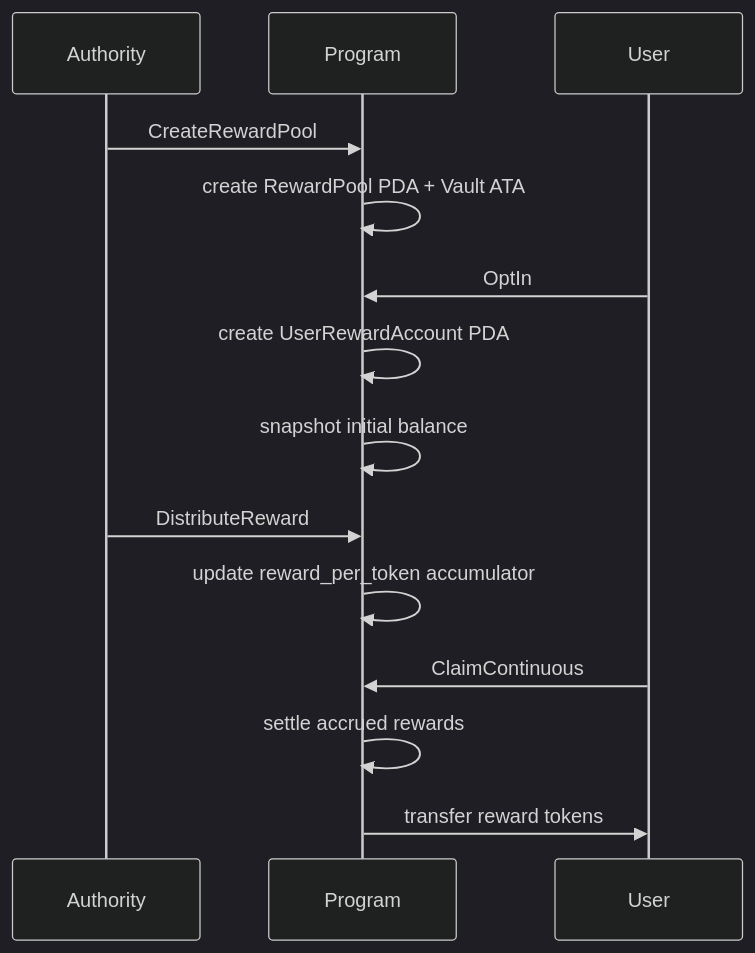
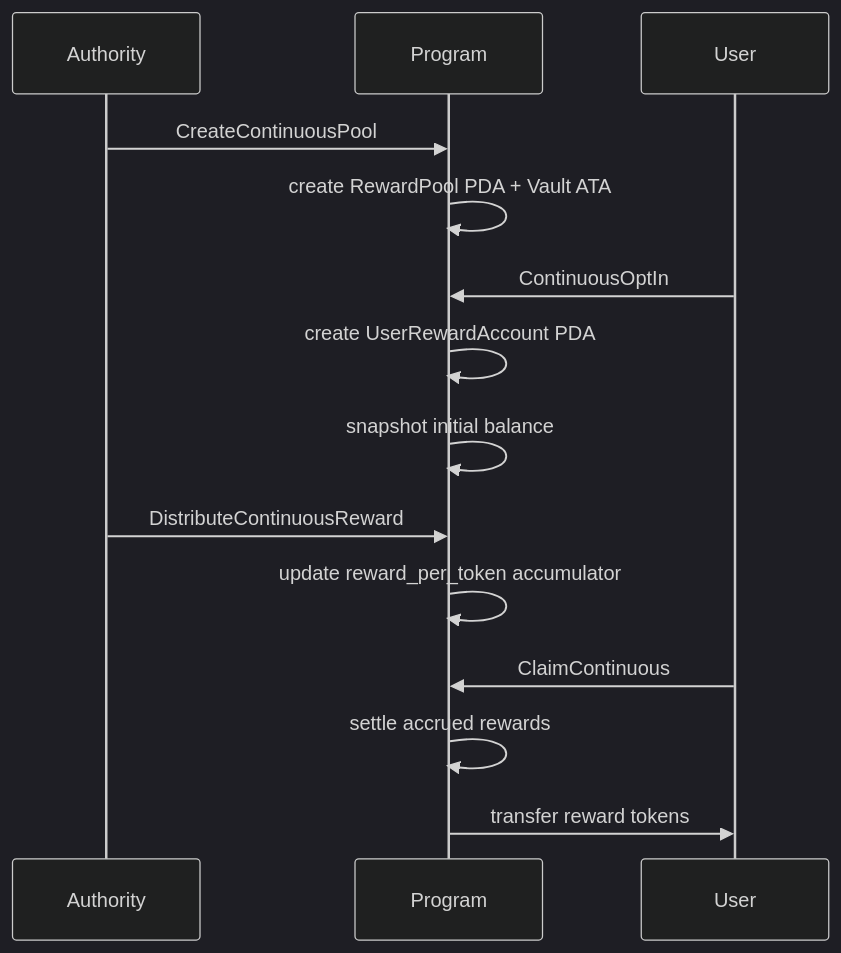
Before and after one commit to solana-program/rewards: the fifth of 6 diagrams in README.md, drawn with Mermaid (dark theme). The commit also changed other lines of this file and 63 other files, not shown here.

````diff
--- a/README.md
+++ b/README.md
@@ -176,20 +176,20 @@
 ```mermaid
 sequenceDiagram
     participant Authority
     participant Program
     participant User
 
-    Authority->>Program: CreateRewardPool
+    Authority->>Program: CreateContinuousPool
     Program->>Program: create RewardPool PDA + Vault ATA
 
-    User->>Program: OptIn
+    User->>Program: ContinuousOptIn
     Program->>Program: create UserRewardAccount PDA
     Program->>Program: snapshot initial balance
 
-    Authority->>Program: DistributeReward
+    Authority->>Program: DistributeContinuousReward
     Program->>Program: update reward_per_token accumulator
 
     User->>Program: ClaimContinuous
     Program->>Program: settle accrued rewards
     Program->>User: transfer reward tokens
 ```
````
